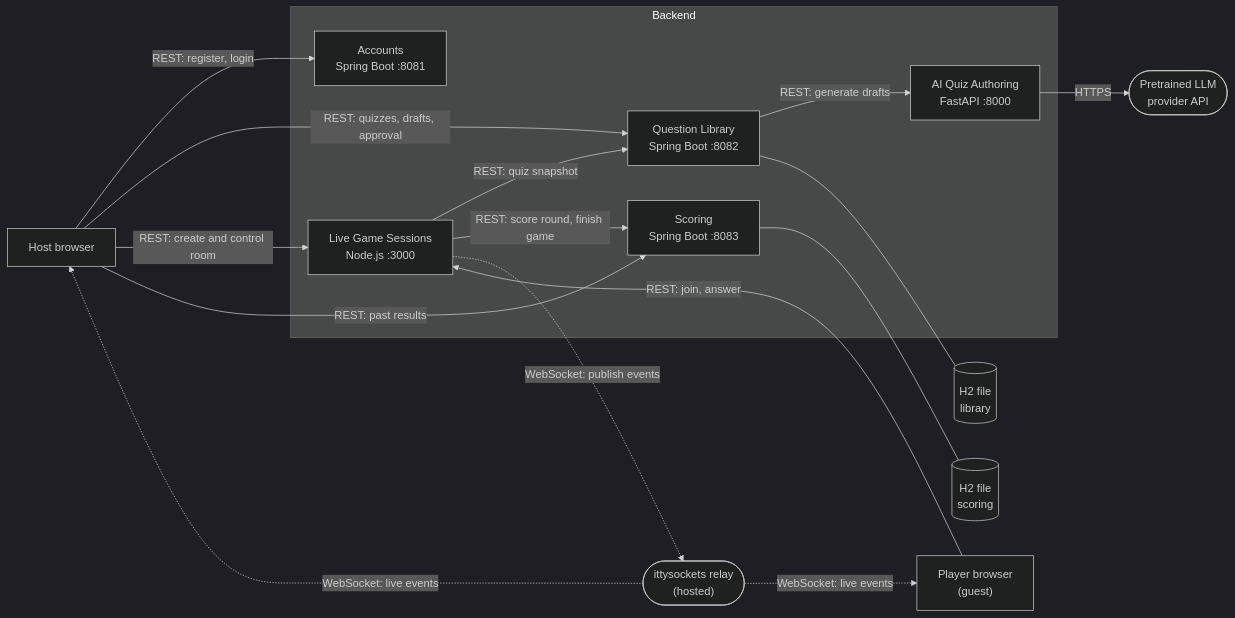
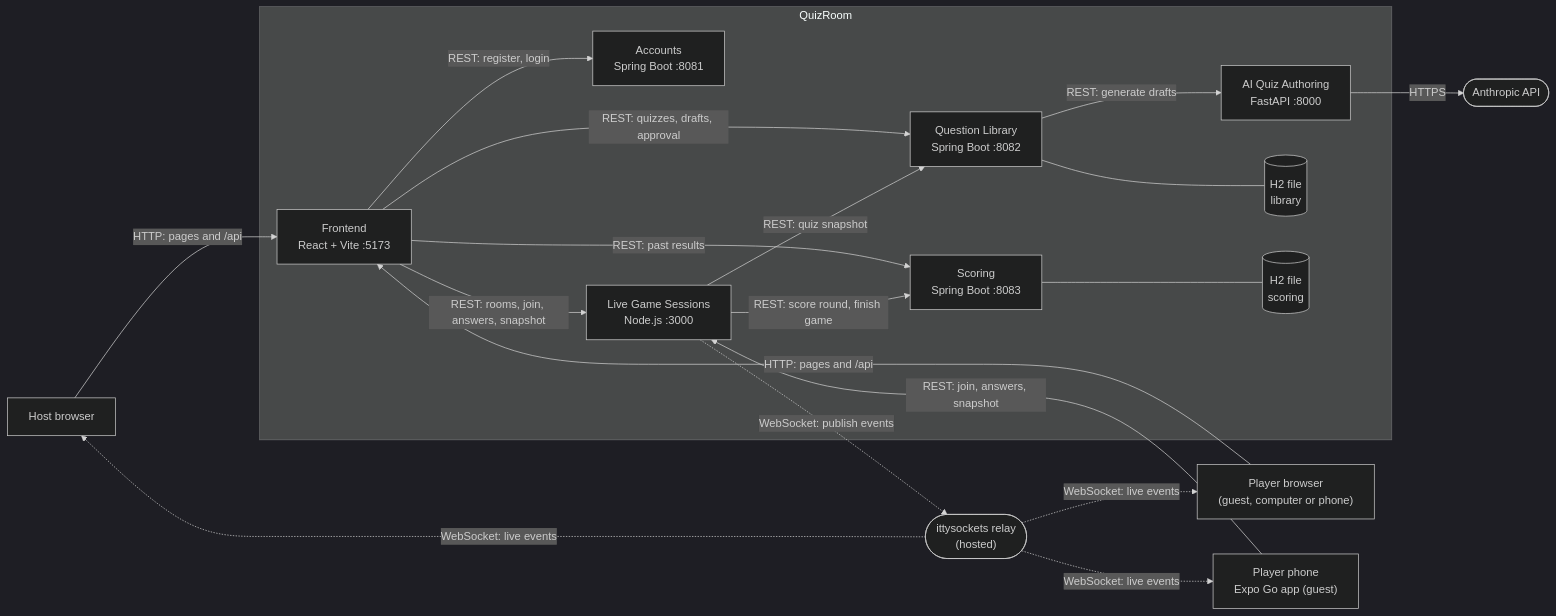
One commit to YusufAtakanA/QuizRoom changed the second of 3 diagrams in project/docs/architecture.md. Above: the diagram before and after it, drawn with Mermaid (dark theme). The commit also changed other lines of this file and 6 other files, not shown here.

Commit message:
Docs: setup guide, API, architecture and flow updates

````diff
--- a/project/docs/architecture.md
+++ b/project/docs/architecture.md
@@ -34,36 +60,41 @@
 ```mermaid
 flowchart LR
     Host["Host browser"]
-    Player["Player browser<br/>(guest)"]
+    Player["Player browser<br/>(guest, computer or phone)"]
+    App["Player phone<br/>Expo Go app (guest)"]
 
-    subgraph Backend
+    subgraph QuizRoom
+        FE["Frontend<br/>React + Vite :5173"]
         ACC["Accounts<br/>Spring Boot :8081"]
         LIB["Question Library<br/>Spring Boot :8082"]
         LGS["Live Game Sessions<br/>Node.js :3000"]
         SCO["Scoring<br/>Spring Boot :8083"]
         AI["AI Quiz Authoring<br/>FastAPI :8000"]
+        LIBDB[("H2 file<br/>library")]
+        SCODB[("H2 file<br/>scoring")]
     end
 
     RELAY(["ittysockets relay<br/>(hosted)"])
-    LLM(["Pretrained LLM<br/>provider API"])
-    LIBDB[("H2 file<br/>library")]
-    SCODB[("H2 file<br/>scoring")]
+    LLM(["Anthropic API"])
 
-    Host -- "REST: register, login" --> ACC
-    Host -- "REST: quizzes, drafts, approval" --> LIB
-    Host -- "REST: create and control room" --> LGS
-    Player -- "REST: join, answer" --> LGS
-    Host -- "REST: past results" --> SCO
+    Host -- "HTTP: pages and /api" --> FE
+    Player -- "HTTP: pages and /api" --> FE
+    FE -- "REST: register, login" --> ACC
+    FE -- "REST: quizzes, drafts, approval" --> LIB
+    FE -- "REST: rooms, join, answers, snapshot" --> LGS
+    FE -- "REST: past results" --> SCO
+    App -- "REST: join, answers, snapshot" --> LGS
 
     LIB -- "REST: generate drafts" --> AI
     AI -- "HTTPS" --> LLM
     LGS -- "REST: quiz snapshot" --> LIB
     LGS -- "REST: score round, finish game" --> SCO
 
     LIB --- LIBDB
     SCO --- SCODB
 
     LGS -. "WebSocket: publish events" .-> RELAY
     RELAY -. "WebSocket: live events" .-> Host
     RELAY -. "WebSocket: live events" .-> Player
+    RELAY -. "WebSocket: live events" .-> App
 ```
````
